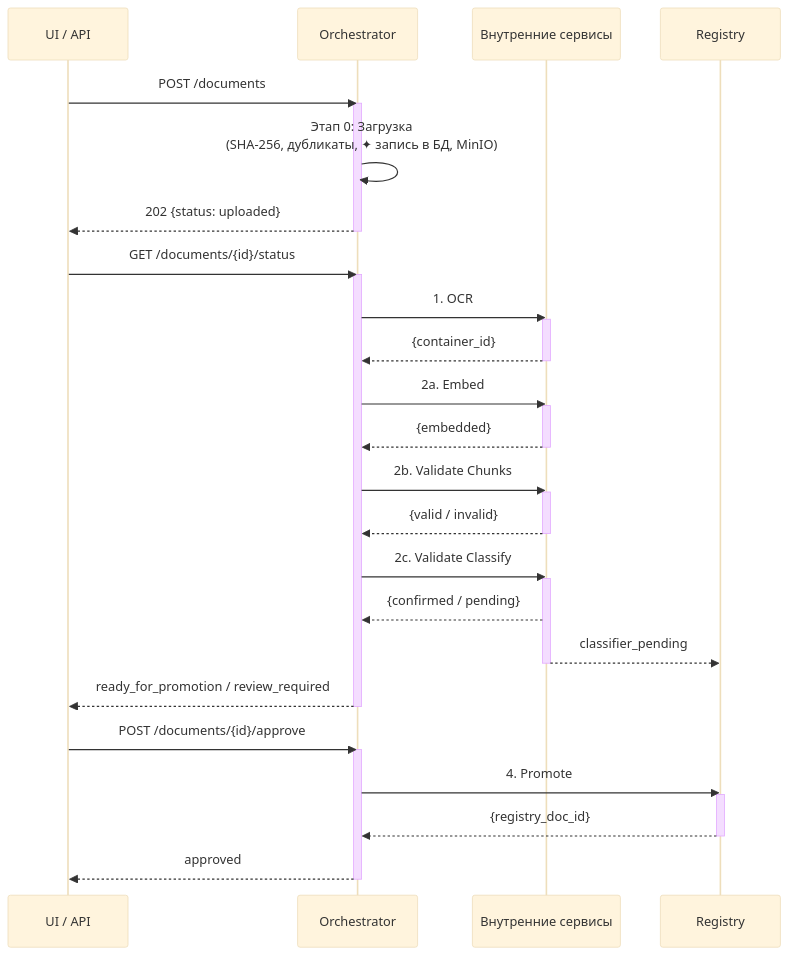
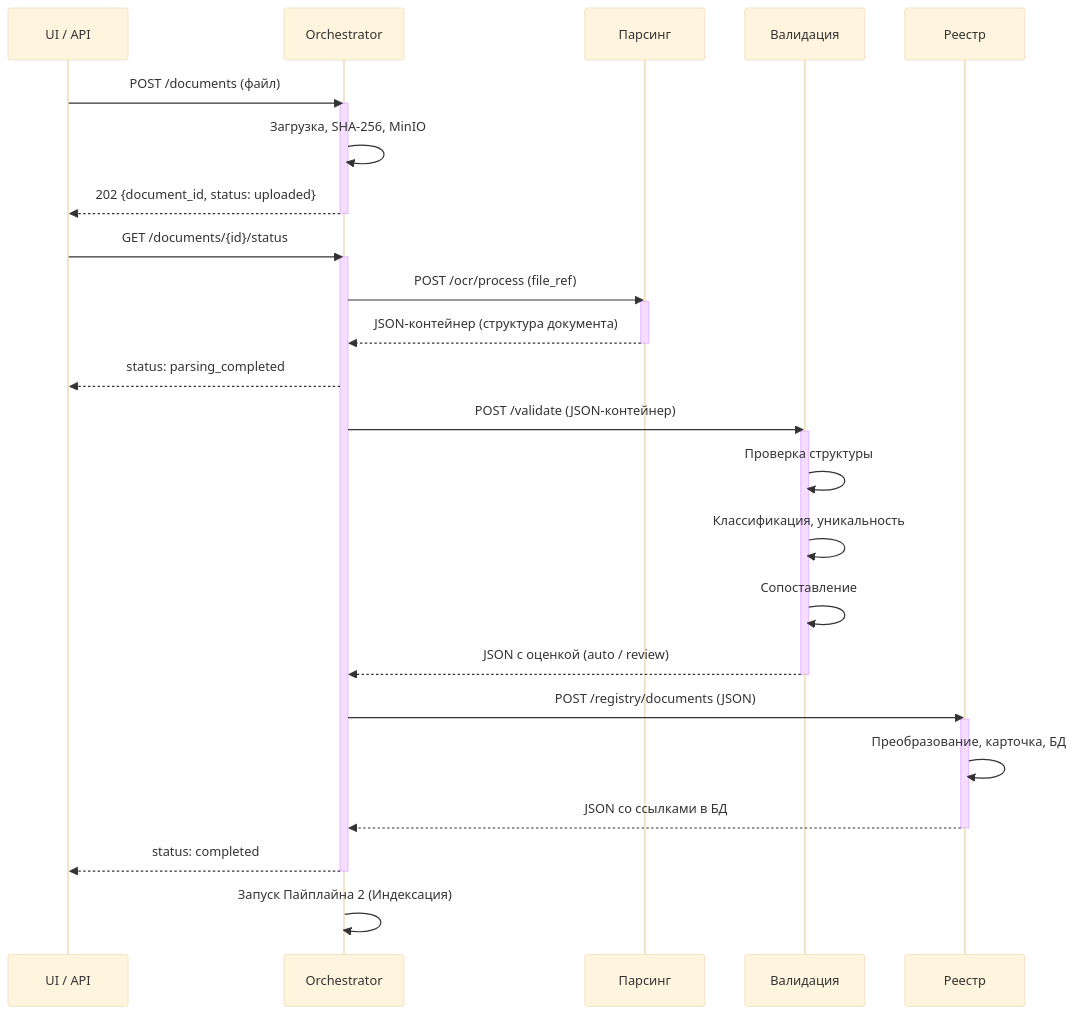
Before and after one commit to MasterKSAF/PKB: the first of 5 diagrams in docs/api/pipeline.md, drawn with Mermaid (base theme). The commit also changed other lines of this file and 8 other files, not shown here.

````diff
--- a/docs/api/pipeline.md
+++ b/docs/api/pipeline.md
@@ -27,48 +28,45 @@
 ```mermaid
 sequenceDiagram
     participant UI as UI / API
     participant Orch as Orchestrator
-    participant Svc as Внутренние сервисы
-    participant Reg as Registry
+    participant Pars as Парсинг
+    participant Val as Валидация
+    participant Reg as Реестр
 
-    UI->>Orch: POST /documents
+    UI->>Orch: POST /documents (файл)
     activate Orch
-    Orch->>Orch: Этап 0: Загрузка<br/>(SHA-256, дубликаты, ✦ запись в БД, MinIO)
-    Orch-->>UI: 202 {status: uploaded}
+    Orch->>Orch: Загрузка, SHA-256, MinIO
+    Orch-->>UI: 202 {document_id, status: uploaded}
     deactivate Orch
 
     UI->>Orch: GET /documents/{id}/status
     activate Orch
-    Orch->>Svc: 1. OCR
-    activate Svc
-    Svc-->>Orch: {container_id}
-    deactivate Svc
 
-    Orch->>Svc: 2a. Embed
-    activate Svc
-    Svc-->>Orch: {embedded}
-    deactivate Svc
+    %% Этап 1: Парсинг (изоляция от БД)
+    Orch->>Pars: POST /ocr/process (file_ref)
+    activate Pars
+    Pars-->>Orch: JSON-контейнер (структура документа)
+    deactivate Pars
+    Orch-->>UI: status: parsing_completed
 
-    Orch->>Svc: 2b. Validate Chunks
-    activate Svc
-    Svc-->>Orch: {valid / invalid}
-    deactivate Svc
+    %% Этап 2: Валидация (читает БД)
+    Orch->>Val: POST /validate (JSON-контейнер)
+    activate Val
+    Val->>Val: Проверка структуры
+    Val->>Val: Классификация, уникальность
+    Val->>Val: Сопоставление
+    Val-->>Orch: JSON с оценкой (auto / review)
+    deactivate Val
 
-    Orch->>Svc: 2c. Validate Classify
-    activate Svc
-    Svc-->>Orch: {confirmed / pending}
-    Svc-->>Reg: classifier_pending
-    deactivate Svc
+    %% Этап 3: Реестр документов (пишет БД)
+    Orch->>Reg: POST /registry/documents (JSON)
+    activate Reg
+    Reg->>Reg: Преобразование, карточка, БД
+    Reg-->>Orch: JSON со ссылками в БД
+    deactivate Reg
 
-    Orch-->>UI: ready_for_promotion / review_required
+    Orch-->>UI: status: completed
     deactivate Orch
 
-    UI->>Orch: POST /documents/{id}/approve
-    activate Orch
-    Orch->>Reg: 4. Promote
-    activate Reg
-    Reg-->>Orch: {registry_doc_id}
-    deactivate Reg
-    Orch-->>UI: approved
-    deactivate Orch
+    Orch->>Orch: Запуск Пайплайна 2 (Индексация)
 ```
````
